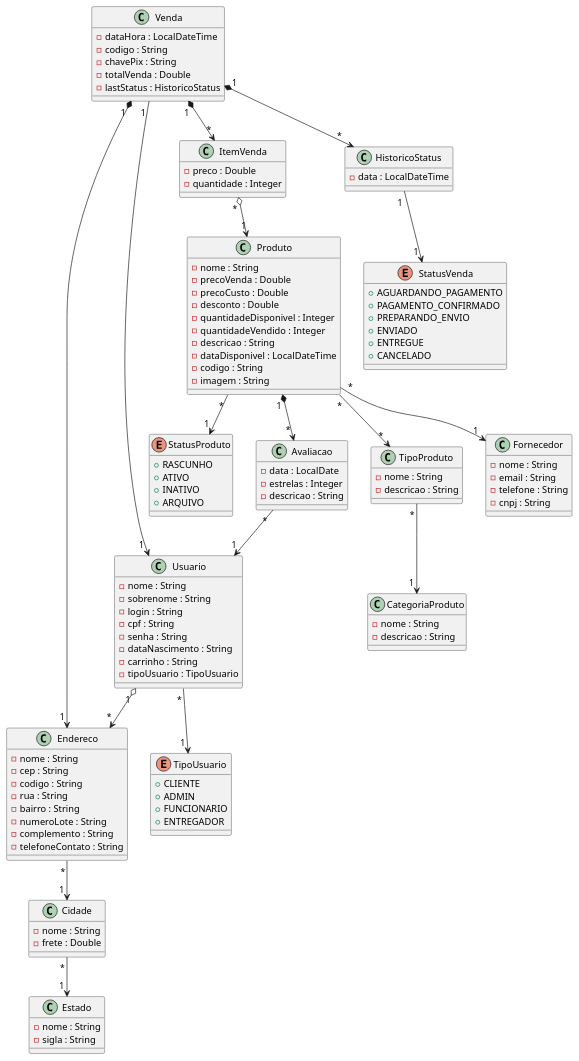
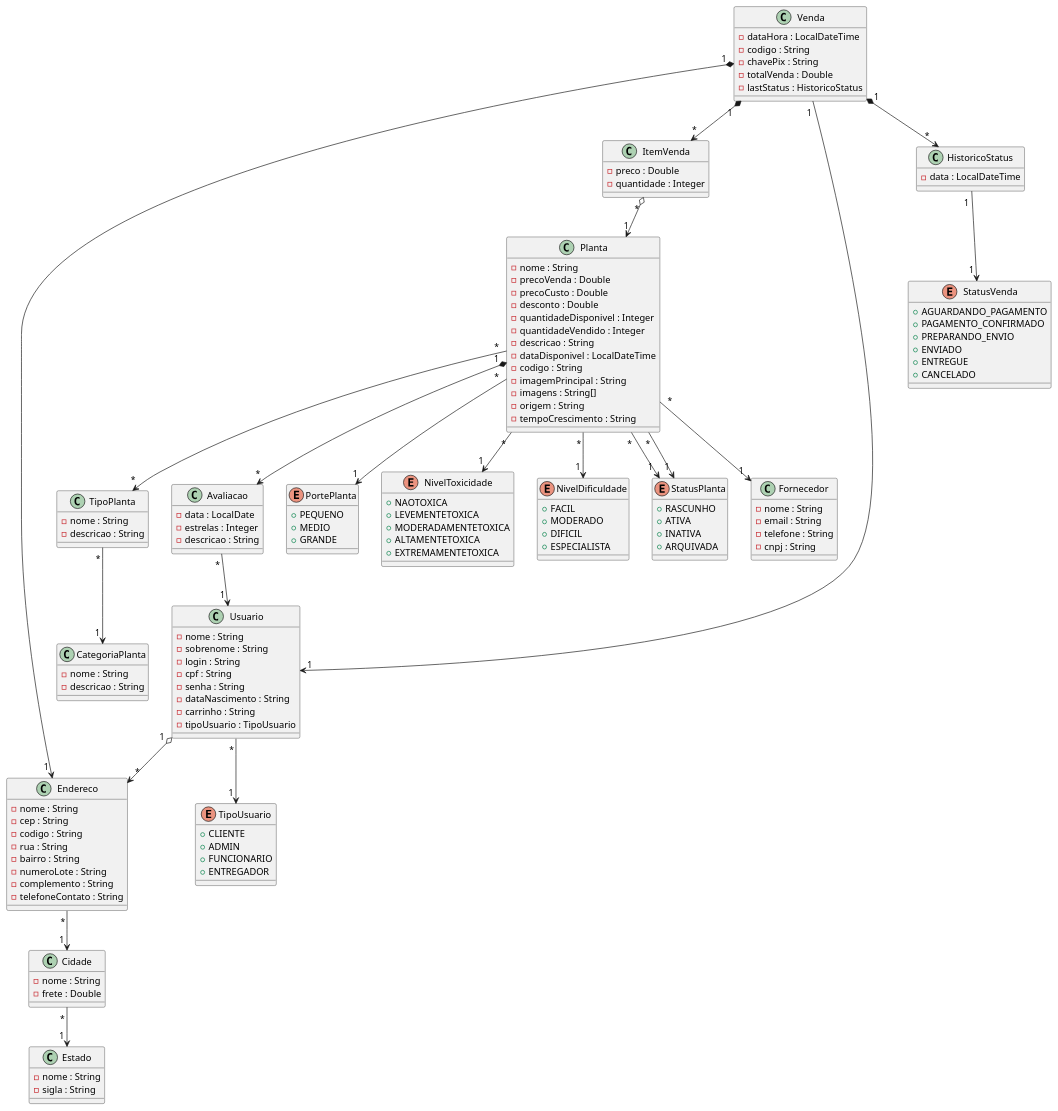
One commit to bealfredo/tp-floricultura-quarkus changed the diagram in others/diagrama.plantuml. Above: the diagram before and after it, drawn with PlantUML.

Commit message:
update .plantuml

```diff
--- a/others/diagrama.plantuml
+++ b/others/diagrama.plantuml
@@ -1,139 +1,170 @@
 @startuml TrabalhoTopicos
 
 class Usuario {
   - nome : String
   - sobrenome : String
   - login : String
   - cpf : String
   - senha : String
   - dataNascimento : String
   - carrinho : String
   - tipoUsuario : TipoUsuario
 }
 
 Usuario " * " --> " 1 " TipoUsuario
 Usuario " 1 " o--> " * " Endereco
 
 enum TipoUsuario{
   + CLIENTE
   + ADMIN
   + FUNCIONARIO
   + ENTREGADOR
 }
 
 class Endereco {
   - nome : String
   - cep : String
   - codigo : String
   - rua : String
   - bairro : String
   - numeroLote : String
   - complemento : String
   - telefoneContato : String
 }
 
 Endereco " * " --> " 1 " Cidade
 
 class Cidade {
   - nome : String
   - frete : Double
 }
 
 Cidade " * " --> " 1 " Estado
 
 class Estado {
   - nome : String
   - sigla : String
 }
 
-class CategoriaProduto {
-  - nome : String
-  - descricao : String
-}
-
-class TipoProduto {
-  - nome : String
-  - descricao : String
-}
-
-TipoProduto " * " --> " 1 " CategoriaProduto
-
 class Fornecedor {
   - nome : String
   - email : String
   - telefone : String
   - cnpj : String
 
 }
 
-class Produto {
+class CategoriaPlanta {
+  - nome : String
+  - descricao : String
+}
+
+class TipoPlanta {
+  - nome : String
+  - descricao : String
+}
+
+TipoPlanta " * " --> " 1 " CategoriaPlanta
+
+class Planta {
   - nome : String
   - precoVenda : Double
   - precoCusto : Double
   - desconto : Double
   - quantidadeDisponivel : Integer
   - quantidadeVendido : Integer
   - descricao : String
   - dataDisponivel : LocalDateTime
   - codigo : String
-  - imagem : String
+  - imagemPrincipal : String
+  - imagens : String[]
+  - origem : String
+  - tempoCrescimento : String
 }
 
-Produto " * " --> " * " TipoProduto
-Produto " * " --> " 1 " StatusProduto
-Produto " * " --> " 1 " Fornecedor
+Planta " * " --> " 1 " PortePlanta
+Planta " * " --> " 1 " NivelToxicidade
+Planta " * " --> " 1 " NivelDificuldade
+Planta " * " --> " * " TipoPlanta
+Planta " * " --> " 1 " StatusPlanta
+Planta " * " --> " 1 " Fornecedor
 
-enum StatusProduto {
+enum NivelToxicidade {
+  + NAOTOXICA
+  + LEVEMENTETOXICA
+  + MODERADAMENTETOXICA
+  + ALTAMENTETOXICA
+  + EXTREMAMENTETOXICA
+}
+
+enum NivelDificuldade {
+  + FACIL
+  + MODERADO
+  + DIFICIL
+  + ESPECIALISTA 
+}
+
+enum PortePlanta {
+  + PEQUENO
+  + MEDIO
+  + GRANDE
+}
+
+enum StatusPlanta {
   + RASCUNHO
-  + ATIVO
-  + INATIVO
-  + ARQUIVO
+  + ATIVA
+  + INATIVA
+  + ARQUIVADA
 }
+
+Planta " * " --> " 1 " StatusPlanta
 
 
 class ItemVenda {
   - preco : Double
   - quantidade : Integer
 }
 
-ItemVenda " * " o--> " 1" Produto
+ItemVenda " * " o--> " 1" Planta
 
 
 class HistoricoStatus {
   - data : LocalDateTime
 }
 
 enum StatusVenda {
   + AGUARDANDO_PAGAMENTO
   + PAGAMENTO_CONFIRMADO
   + PREPARANDO_ENVIO
   + ENVIADO
   + ENTREGUE
   + CANCELADO
 }
 
 HistoricoStatus " 1 " --> " 1 " StatusVenda
 
 class Venda {
   - dataHora : LocalDateTime
   - codigo : String
   - chavePix : String
   - totalVenda : Double
   - lastStatus : HistoricoStatus
 }
 
 Venda " 1 " *--> " *" ItemVenda
 Venda " 1 " *--> " * " HistoricoStatus
 Venda " 1 " --> " 1 " Usuario
 Venda " 1 " *--> " 1 " Endereco
 
 class Avaliacao {
    - data : LocalDate
    - estrelas : Integer
    - descricao : String
 }
 
 Avaliacao " * " --> " 1 " Usuario
-Produto " 1 " *--> " * " Avaliacao
+Planta " 1 " *--> " * " Avaliacao
+
+
 
 @enduml
```
